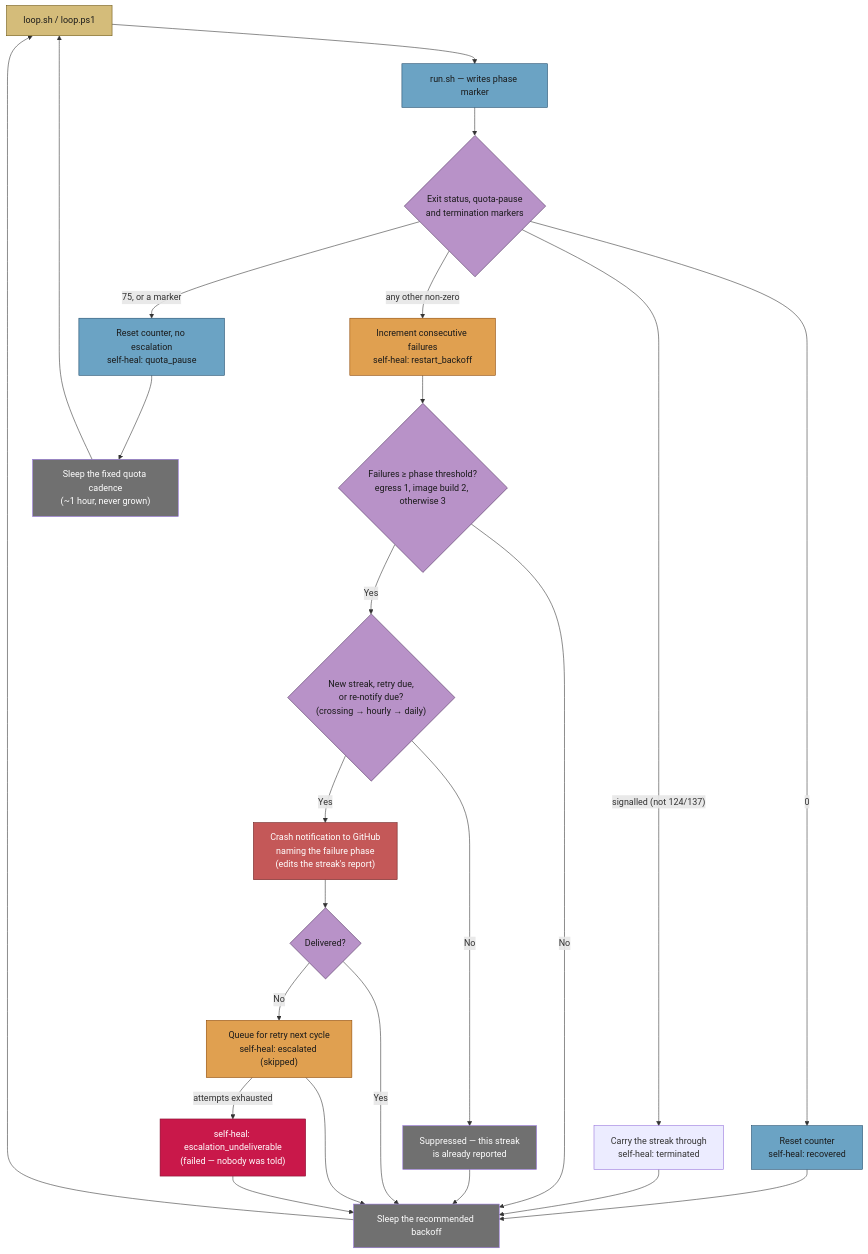
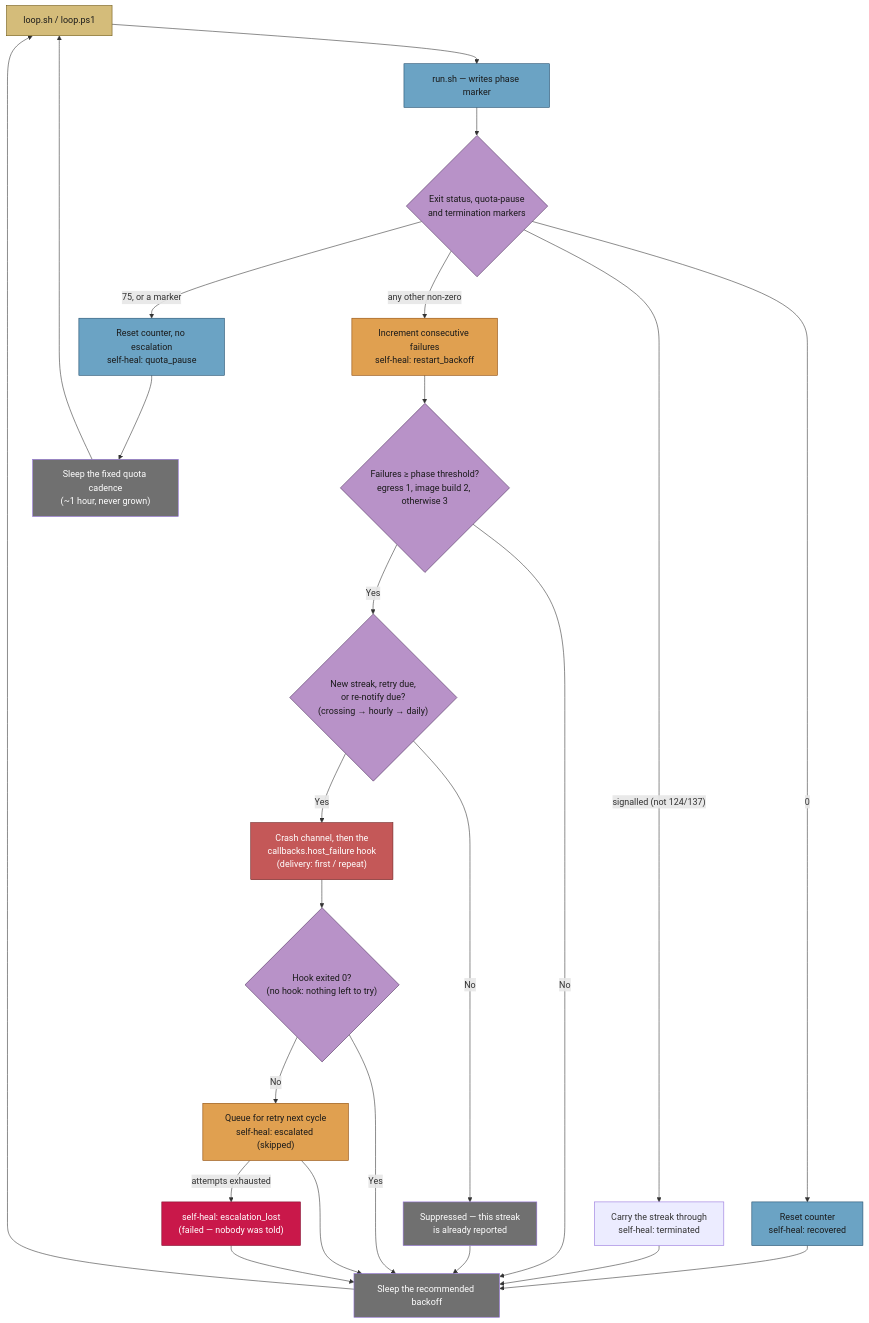
One commit to stSoftwareAU/VibeCoder changed the second of 6 diagrams in docs/workflows/resilience-and-concurrency.md. Above: the diagram before and after it, drawn with Mermaid. The commit also changed other lines of this file and 11 other files, not shown here.

First line of the commit message:
Launcher self-heal recorder escalates through callbacks.host_failure, never the origin repository (Issue #2108) (#2135)

````diff
--- a/docs/workflows/resilience-and-concurrency.md
+++ b/docs/workflows/resilience-and-concurrency.md
@@ -99,48 +99,48 @@
 ```mermaid
 flowchart TD
   Loop["loop.sh / loop.ps1"]
   Launch["run.sh — writes phase marker"]
   Status{"Exit status, quota-pause<br/>and termination markers"}
   Reset["Reset counter<br/>self-heal: recovered"]
   Quota["Reset counter, no escalation<br/>self-heal: quota_pause"]
   Stopped["Carry the streak through<br/>self-heal: terminated"]
   Count["Increment consecutive failures<br/>self-heal: restart_backoff"]
   Threshold{"Failures ≥ phase threshold?<br/>egress 1, image build 2, otherwise 3"}
   Due{"New streak, retry due,<br/>or re-notify due?<br/>(crossing → hourly → daily)"}
   Dedup["Suppressed — this streak<br/>is already reported"]
-  Escalate["Crash notification to GitHub<br/>naming the failure phase<br/>(edits the streak's report)"]
-  Delivered{"Delivered?"}
+  Escalate["Crash channel, then the<br/>callbacks.host_failure hook<br/>(delivery: first / repeat)"]
+  Delivered{"Hook exited 0?<br/>(no hook: nothing left to try)"}
   Queue["Queue for retry next cycle<br/>self-heal: escalated (skipped)"]
-  Lost["self-heal: escalation_undeliverable<br/>(failed — nobody was told)"]
+  Lost["self-heal: escalation_lost<br/>(failed — nobody was told)"]
   Cadence["Sleep the fixed quota cadence<br/>(~1 hour, never grown)"]
   Sleep["Sleep the recommended backoff"]
   Loop --> Launch --> Status
   Status -->|0| Reset --> Sleep
   Status -->|75, or a marker| Quota --> Cadence
   Status -->|"signalled (not 124/137)"| Stopped --> Sleep
   Status -->|any other non-zero| Count --> Threshold
   Threshold -->|No| Sleep
   Threshold -->|Yes| Due
   Due -->|No| Dedup --> Sleep
   Due -->|Yes| Escalate --> Delivered
   Delivered -->|Yes| Sleep
   Delivered -->|No| Queue --> Sleep
   Queue -->|attempts exhausted| Lost --> Sleep
   Sleep --> Loop
   Cadence --> Loop
   style Loop fill:#d4bc7a,stroke:#6b5510,color:#1a1a1a
   style Launch fill:#6ba3c4,stroke:#1d4a6a,color:#1a1a1a
   style Status fill:#b892c8,stroke:#4a2d5a,color:#1a1a1a
   style Threshold fill:#b892c8,stroke:#4a2d5a,color:#1a1a1a
   style Due fill:#b892c8,stroke:#4a2d5a,color:#1a1a1a
   style Delivered fill:#b892c8,stroke:#4a2d5a,color:#1a1a1a
   style Reset fill:#6ba3c4,stroke:#1d4a6a,color:#1a1a1a
   style Quota fill:#6ba3c4,stroke:#1d4a6a,color:#1a1a1a
   style Cadence fill:#707070,stroke:,color:#fff
   style Count fill:#e0a050,stroke:#8b4500,color:#1a1a1a
   style Dedup fill:#707070,stroke:,color:#fff
   style Escalate fill:#c45858,stroke:#6b2020,color:#fff
   style Queue fill:#e0a050,stroke:#8b4500,color:#1a1a1a
   style Lost fill:#c9184a,stroke:#800f2f,color:#fff
   style Sleep fill:#707070,stroke:,color:#fff
 ```
````
